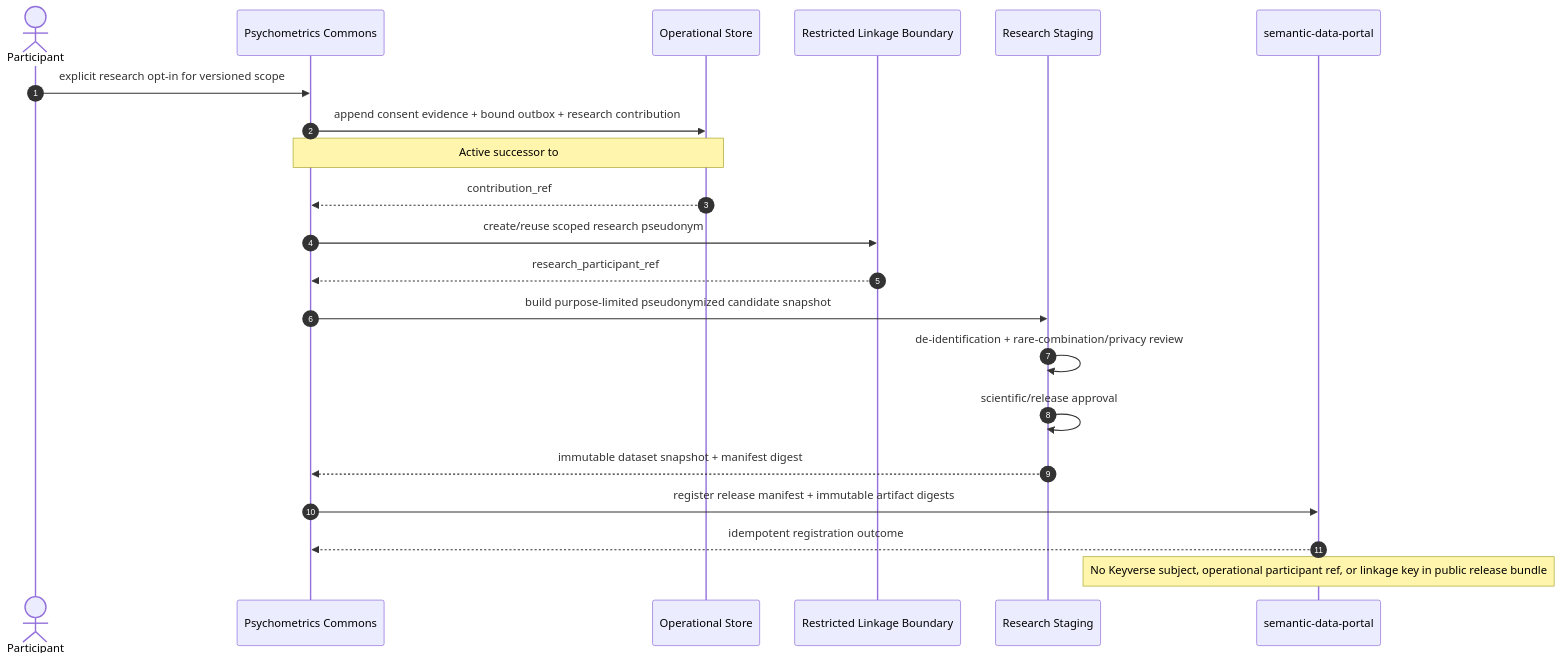
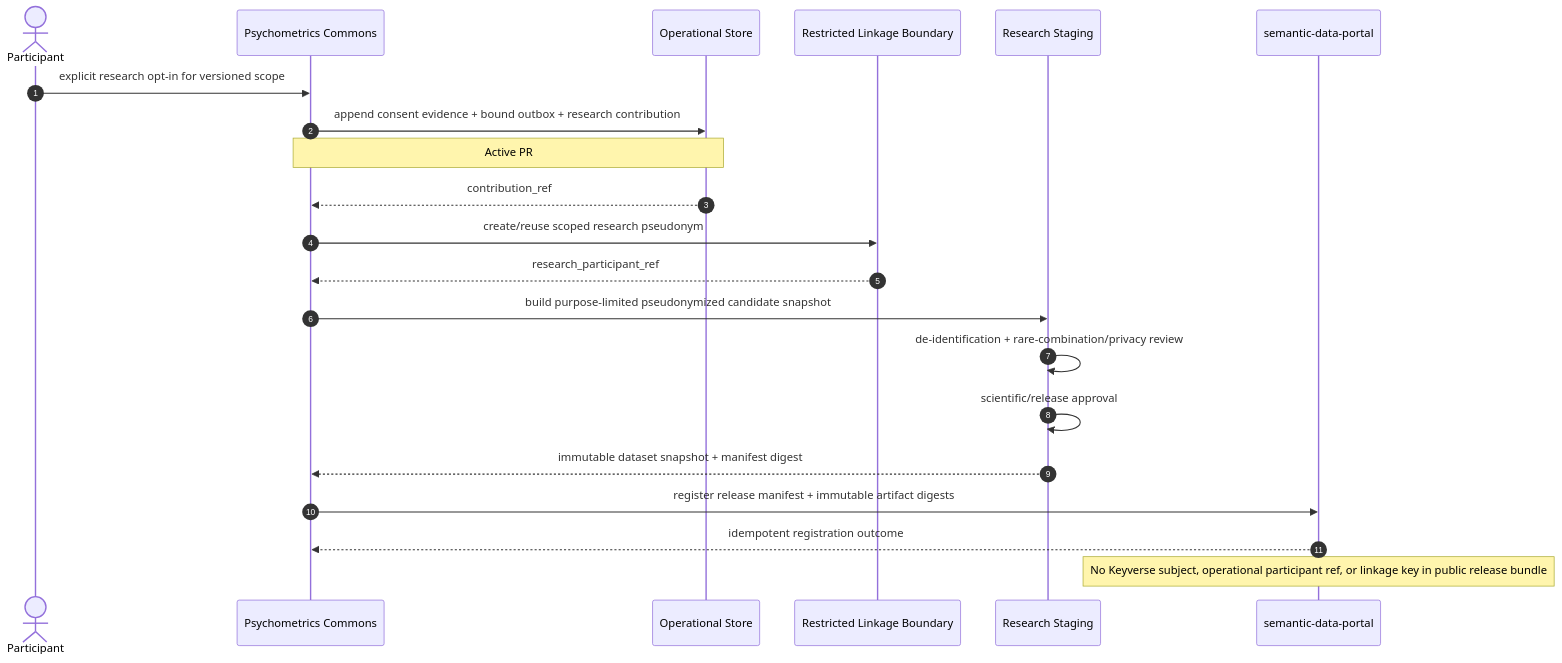
Before and after one commit to ContextualWisdomLab/psychometrics-commons: diagram 11 of 12 in docs/architecture/UML.md, drawn with Mermaid. The commit also changed 3 other files, not shown here.

Commit message:
docs(consent): name Active PR #120 as the outbox merge candidate

````diff
--- a/docs/architecture/UML.md
+++ b/docs/architecture/UML.md
@@ -443,27 +443,27 @@
 ```mermaid
 sequenceDiagram
     autonumber
     actor P as Participant
     participant A as Psychometrics Commons
     participant DB as Operational Store
     participant L as Restricted Linkage Boundary
     participant R as Research Staging
     participant S as semantic-data-portal
 
     P->>A: explicit research opt-in for versioned scope
     A->>DB: append consent evidence + bound outbox + research contribution
-    Note over A,DB: Active successor to #112 commits the consent ledger change with its causally bound outbox row after locking the insertion-order durable ledger tail
+    Note over A,DB: Active PR #120 commits the consent ledger change with its causally bound outbox row after locking the insertion-order durable ledger tail
     DB-->>A: contribution_ref
     A->>L: create/reuse scoped research pseudonym
     L-->>A: research_participant_ref
 
     A->>R: build purpose-limited pseudonymized candidate snapshot
     R->>R: de-identification + rare-combination/privacy review
     R->>R: scientific/release approval
     R-->>A: immutable dataset snapshot + manifest digest
 
     A->>S: register release manifest + immutable artifact digests
     S-->>A: idempotent registration outcome
 
     Note over S: No Keyverse subject, operational participant ref, or linkage key in public release bundle
 ```
````
